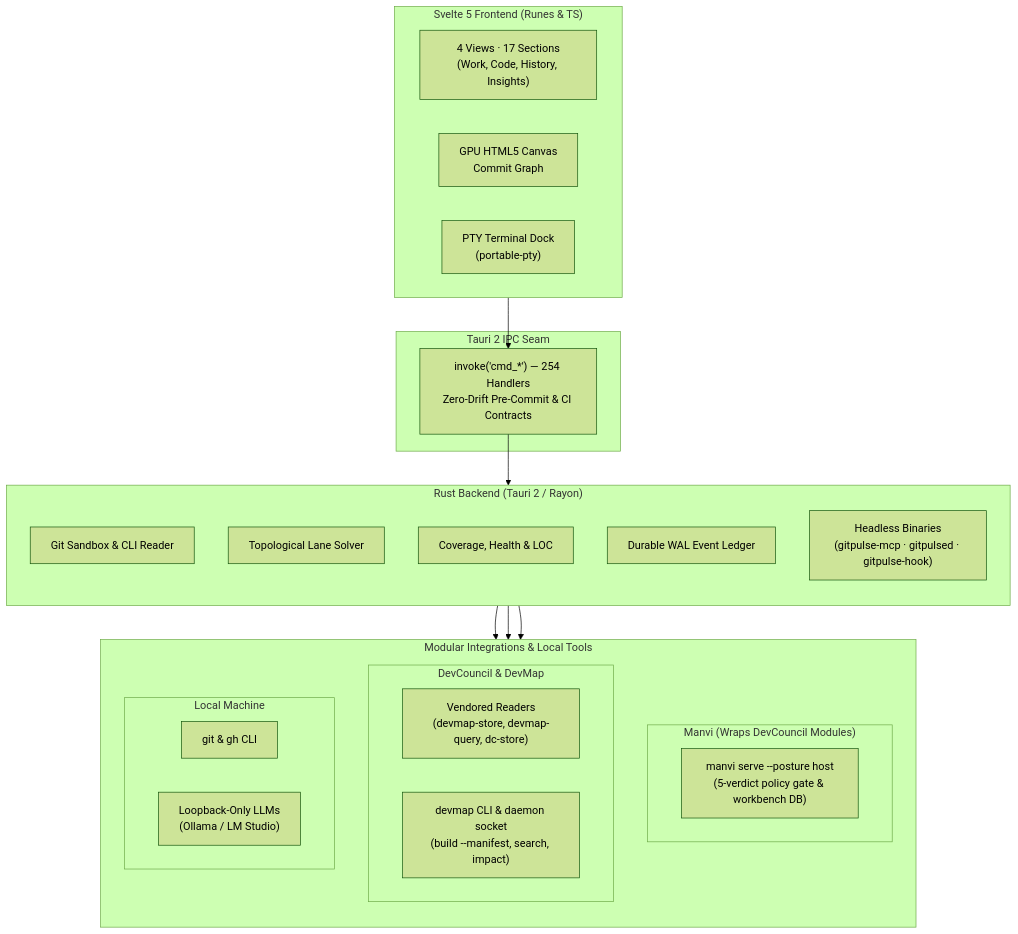
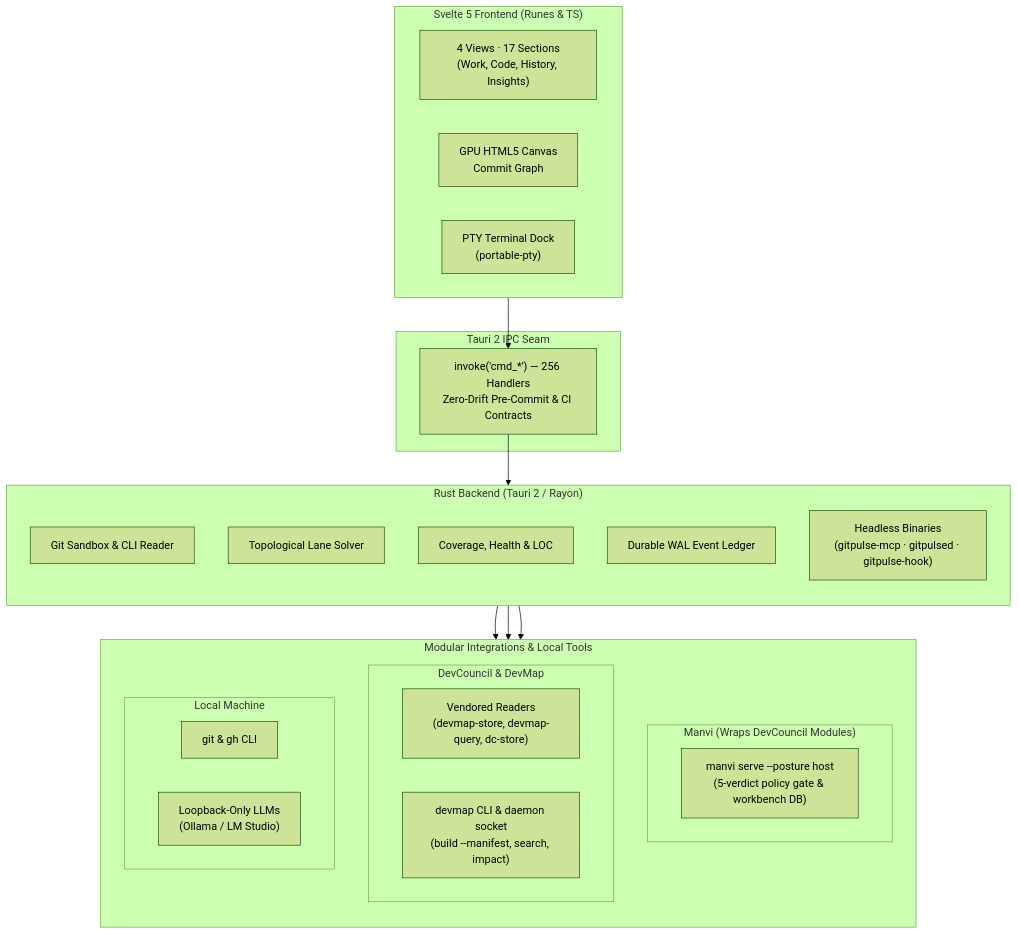
Before and after one commit to bharathvbcr/GitPulse: the diagram in README.md, drawn with Mermaid (forest theme). The commit also changed 34 other files, not shown here.

````diff
--- a/README.md
+++ b/README.md
@@ -116,43 +116,43 @@
 ```mermaid
 flowchart TB
     subgraph Frontend["Svelte 5 Frontend (Runes & TS)"]
         direction LR
         Views["4 Views · 17 Sections<br/>(Work, Code, History, Insights)"]
         Canvas["GPU HTML5 Canvas<br/>Commit Graph"]
         TerminalDock["PTY Terminal Dock<br/>(portable-pty)"]
     end
 
     subgraph IPC["Tauri 2 IPC Seam"]
-        Bridge["invoke('cmd_*') — 254 Handlers<br/>Zero-Drift Pre-Commit & CI Contracts"]
+        Bridge["invoke('cmd_*') — 256 Handlers<br/>Zero-Drift Pre-Commit & CI Contracts"]
     end
 
     subgraph Backend["Rust Backend (Tauri 2 / Rayon)"]
         direction TB
         GitEngine["Git Sandbox & CLI Reader"]
         LaneSolver["Topological Lane Solver"]
         Analyzers["Coverage, Health & LOC"]
         Ledger["Durable WAL Event Ledger"]
         Headless["Headless Binaries<br/>(gitpulse-mcp · gitpulsed · gitpulse-hook)"]
     end
 
     subgraph Integrations["Modular Integrations & Local Tools"]
         direction TB
         subgraph ManviWrap["Manvi (Wraps DevCouncil Modules)"]
             ManviSidecar["manvi serve --posture host<br/>(5-verdict policy gate & workbench DB)"]
         end
         subgraph DevCouncilMods["DevCouncil & DevMap"]
             Vendored["Vendored Readers<br/>(devmap-store, devmap-query, dc-store)"]
             DevMapCLI["devmap CLI & daemon socket<br/>(build --manifest, search, impact)"]
         end
         subgraph LocalTools["Local Machine"]
             CLI["git & gh CLI"]
             LocalLLM["Loopback-Only LLMs<br/>(Ollama / LM Studio)"]
         end
     end
 
     Frontend --> Bridge
     Bridge --> Backend
     Backend --> ManviWrap
     Backend --> DevCouncilMods
     Backend --> LocalTools
 ```
````
